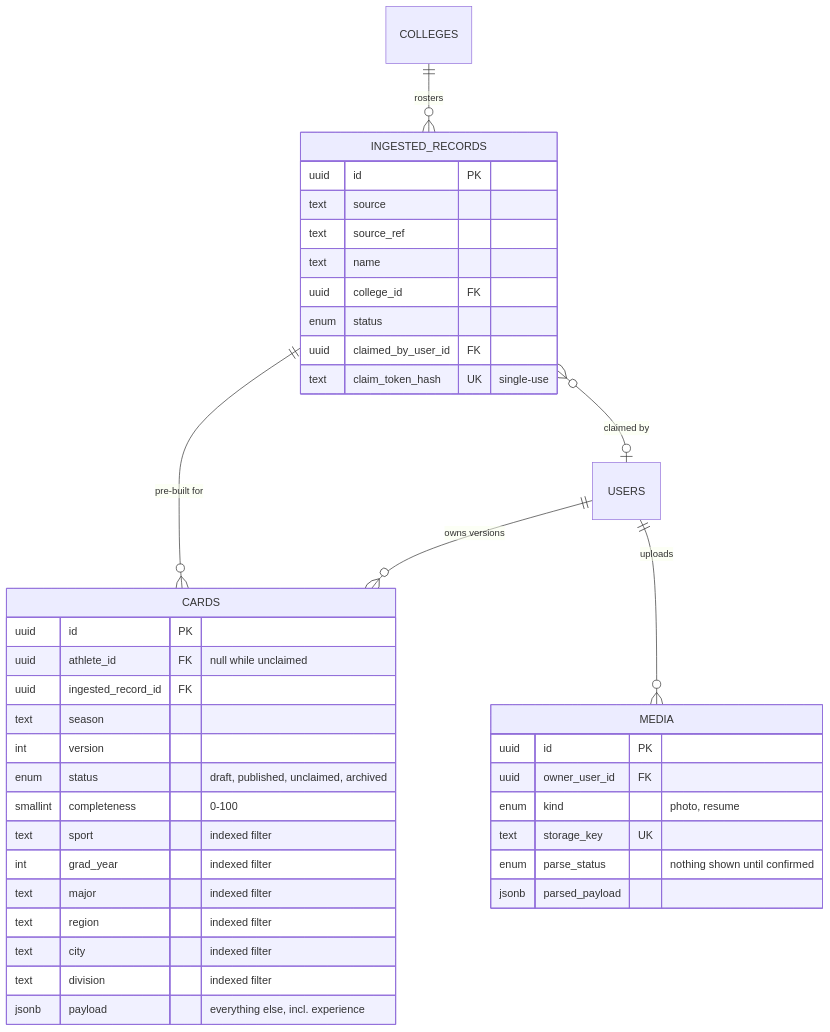
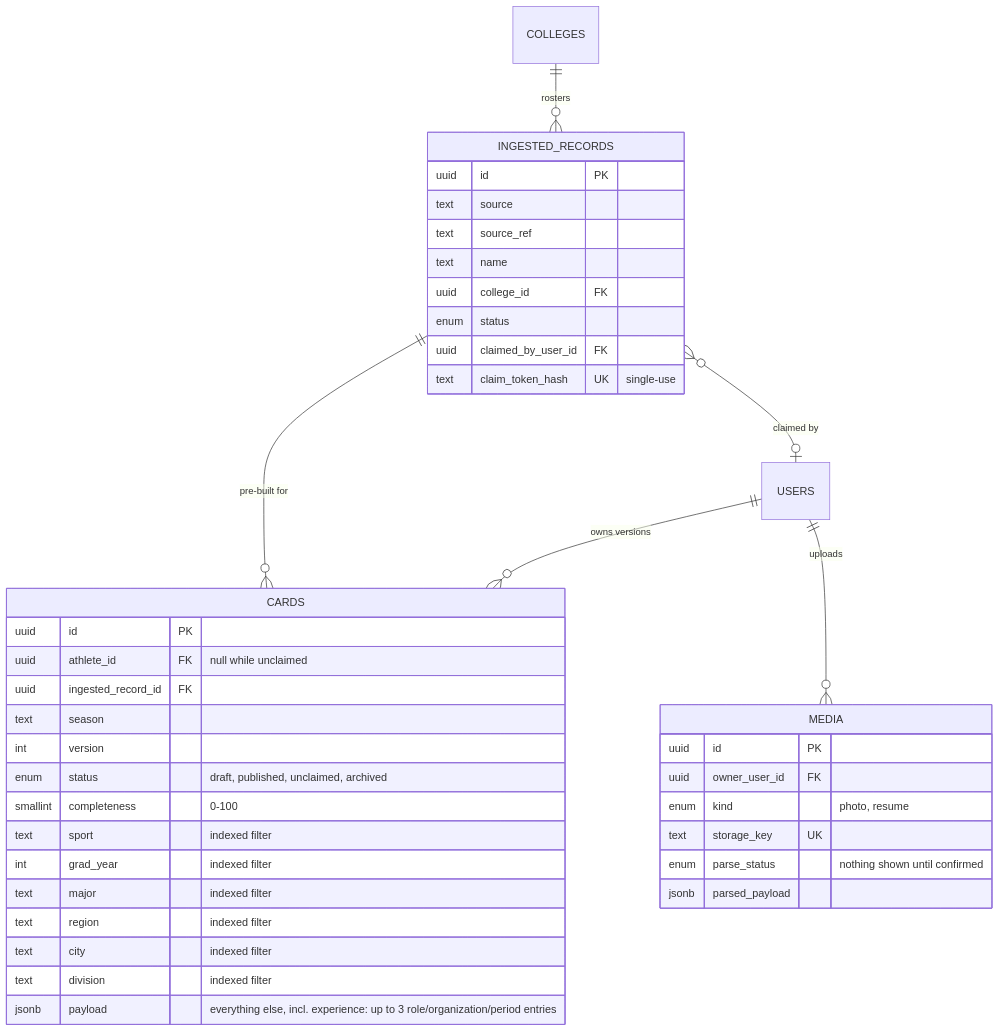
The second of 4 diagrams in docs/data-model.md (shourya0523/Team-Impact-Portal), drawn with Mermaid before and after one commit. The commit also changed 29 other files, not shown here.

First line of the commit message:
Baseball Card: experience as up to 3 structured entries, per-season save, unpublish

````diff
--- a/docs/data-model.md
+++ b/docs/data-model.md
@@ -160,43 +160,43 @@
 ```mermaid
 erDiagram
     USERS ||--o{ CARDS : "owns versions"
     INGESTED_RECORDS ||--o{ CARDS : "pre-built for"
     INGESTED_RECORDS }o--o| USERS : "claimed by"
     COLLEGES ||--o{ INGESTED_RECORDS : "rosters"
     USERS ||--o{ MEDIA : "uploads"
 
     CARDS {
         uuid id PK
         uuid athlete_id FK "null while unclaimed"
         uuid ingested_record_id FK
         text season
         int version
         enum status "draft, published, unclaimed, archived"
         smallint completeness "0-100"
         text sport "indexed filter"
         int grad_year "indexed filter"
         text major "indexed filter"
         text region "indexed filter"
         text city "indexed filter"
         text division "indexed filter"
-        jsonb payload "everything else, incl. experience"
+        jsonb payload "everything else, incl. experience: up to 3 role/organization/period entries"
     }
     INGESTED_RECORDS {
         uuid id PK
         text source
         text source_ref
         text name
         uuid college_id FK
         enum status
         uuid claimed_by_user_id FK
         text claim_token_hash UK "single-use"
     }
     MEDIA {
         uuid id PK
         uuid owner_user_id FK
         enum kind "photo, resume"
         text storage_key UK
         enum parse_status "nothing shown until confirmed"
         jsonb parsed_payload
     }
 ```
````
